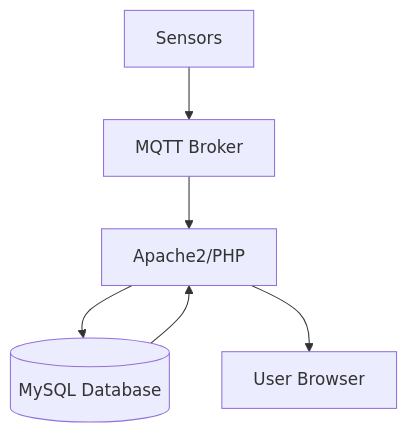
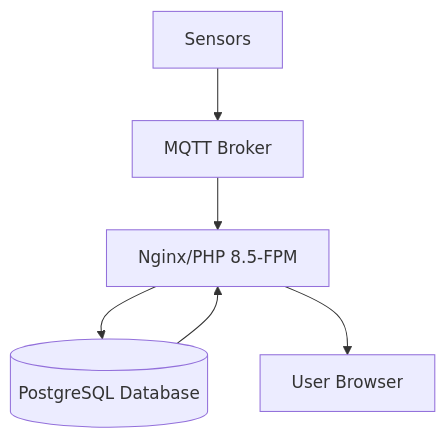
Before and after one commit to smeird/PubObs: the second of 3 diagrams in README.md, drawn with Mermaid. The commit also changed other lines of this file and 5 other files, not shown here.

Commit message:
Migrate observatory application to PostgreSQL

````diff
--- a/README.md
+++ b/README.md
@@ -110,8 +109,8 @@
 ```mermaid
 flowchart TD
     Sensors-->MQTT[MQTT Broker]
-    MQTT-->WebServer[Apache2/PHP]
-    WebServer-->MySQL[(MySQL Database)]
+    MQTT-->WebServer[Nginx/PHP 8.5-FPM]
+    WebServer-->PostgreSQL[(PostgreSQL Database)]
     WebServer-->Browser[User Browser]
-    MySQL-->WebServer
+    PostgreSQL-->WebServer
 ```
````
